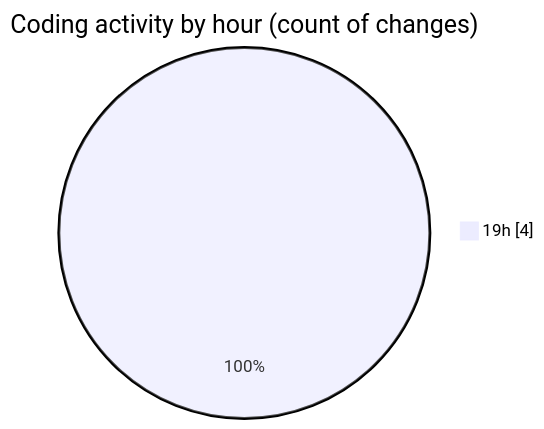
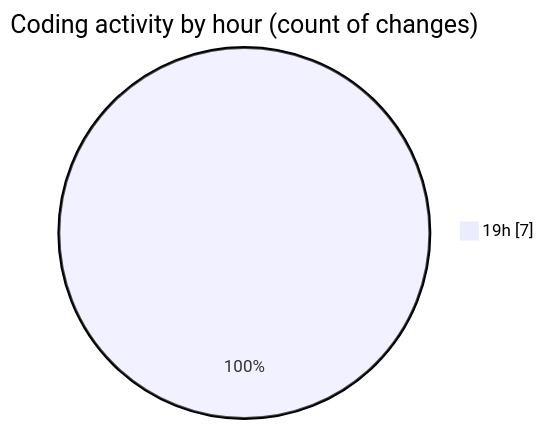
Before and after one commit to EIIisD/code-tracking: the second of 2 diagrams in 2025-07-10/fish/README.md, drawn with Mermaid. The commit also changed other lines of this file and 1 other file, not shown here.

````diff
--- a/2025-07-10/fish/README.md
+++ b/2025-07-10/fish/README.md
@@ -28,5 +32,5 @@
 ```mermaid
 pie showData
 title Coding activity by hour (count of changes)
-"19h" : 4
+"19h" : 7
 ```
````
